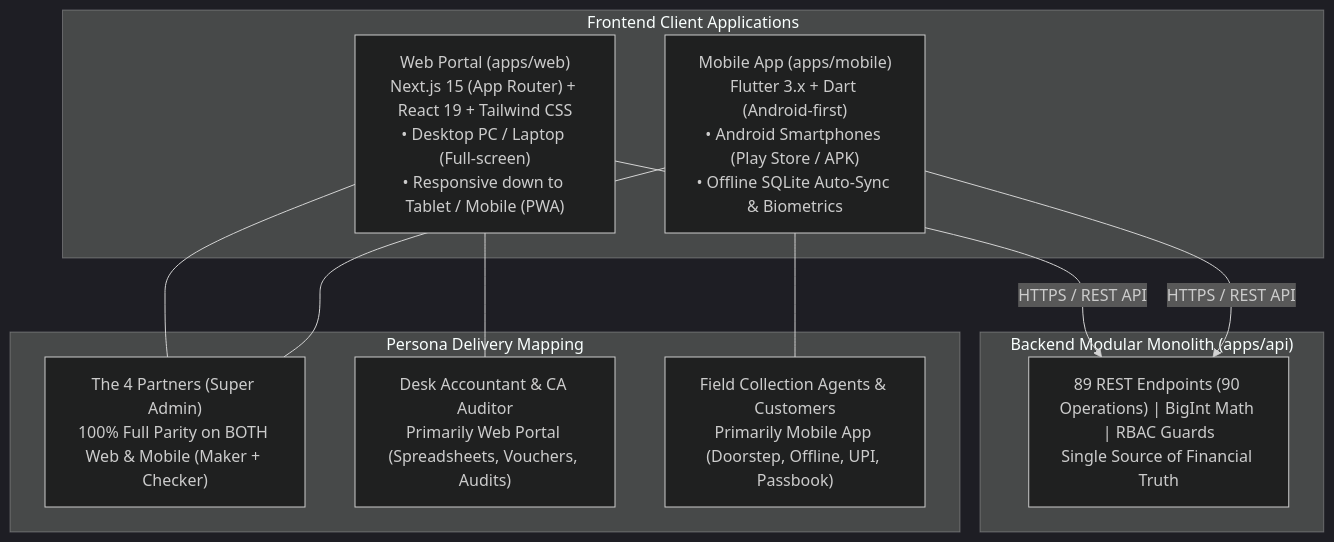
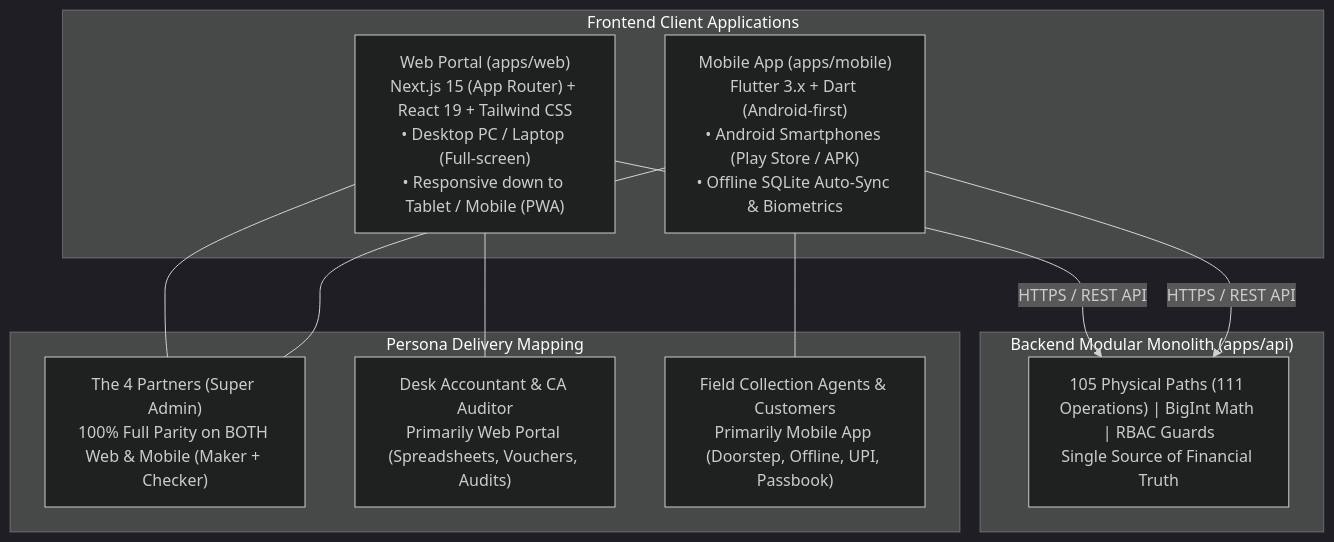
One commit to Kathir-24/Kumaran-finance changed the first of 2 diagrams in docs/03-architecture/frontend-architecture.md. Above: the diagram before and after it, drawn with Mermaid (dark theme). The commit also changed 14 other files, not shown here.

Commit message:
docs: harmonize all markdown documentation to 111 operations across 105 paths

````diff
--- a/docs/03-architecture/frontend-architecture.md
+++ b/docs/03-architecture/frontend-architecture.md
@@ -17,25 +17,25 @@
 ```mermaid
 flowchart TD
     subgraph Clients["Frontend Client Applications"]
         Web["Web Portal (apps/web)\nNext.js 15 (App Router) + React 19 + Tailwind CSS\n• Desktop PC / Laptop (Full-screen)\n• Responsive down to Tablet / Mobile (PWA)"]
         Mobile["Mobile App (apps/mobile)\nFlutter 3.x + Dart (Android-first)\n• Android Smartphones (Play Store / APK)\n• Offline SQLite Auto-Sync & Biometrics"]
     end
 
     subgraph API["Backend Modular Monolith (apps/api)"]
-        Nest["89 REST Endpoints (90 Operations) | BigInt Math | RBAC Guards\nSingle Source of Financial Truth"]
+        Nest["105 Physical Paths (111 Operations) | BigInt Math | RBAC Guards\nSingle Source of Financial Truth"]
     end
 
     subgraph Personas["Persona Delivery Mapping"]
         P_Partner["The 4 Partners (Super Admin)\n100% Full Parity on BOTH Web & Mobile (Maker + Checker)"]
         P_Desk["Desk Accountant & CA Auditor\nPrimarily Web Portal (Spreadsheets, Vouchers, Audits)"]
         P_Field["Field Collection Agents & Customers\nPrimarily Mobile App (Doorstep, Offline, UPI, Passbook)"]
     end
 
     Web -->|HTTPS / REST API| Nest
     Mobile -->|HTTPS / REST API| Nest
 
     Web --- P_Partner
     Web --- P_Desk
     Mobile --- P_Partner
     Mobile --- P_Field
 ```
````
